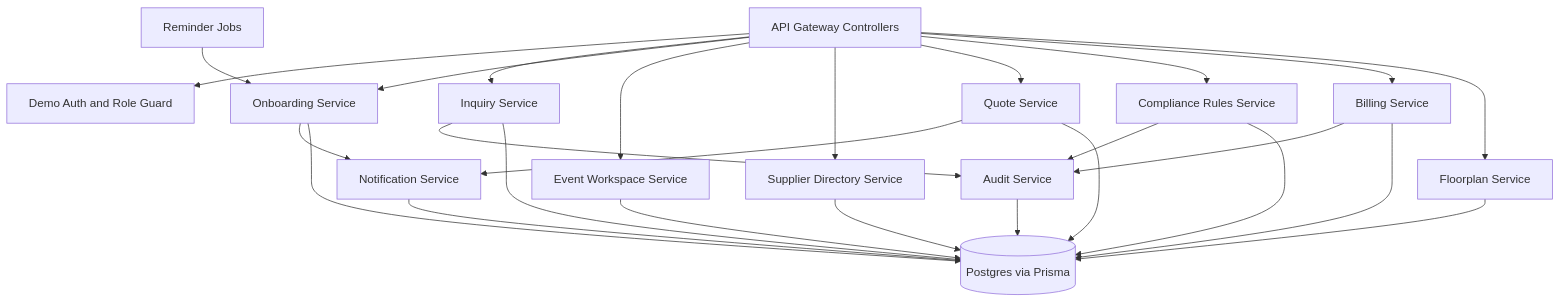
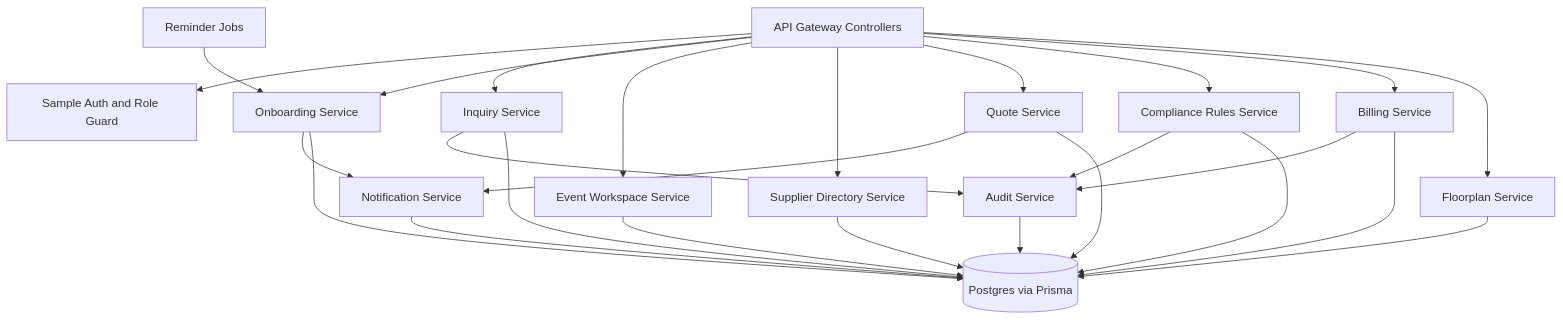
Before and after one commit to The-Team-CG/prism: the fourth of 5 diagrams in apps/event/docs/prism-feature-soundness-review.md, drawn with Mermaid. The commit also changed other lines of this file and 88 other files, not shown here.

````diff
--- a/apps/event/docs/prism-feature-soundness-review.md
+++ b/apps/event/docs/prism-feature-soundness-review.md
@@ -192,43 +192,43 @@
 ```mermaid
 flowchart TB
   Gateway[API Gateway Controllers]
-  Auth[Demo Auth and Role Guard]
+  Auth[Sample Auth and Role Guard]
   Inquiry[Inquiry Service]
   Onboarding[Onboarding Service]
   Events[Event Workspace Service]
   Suppliers[Supplier Directory Service]
   Quotes[Quote Service]
   Compliance[Compliance Rules Service]
   Billing[Billing Service]
   Floorplans[Floorplan Service]
   Notifications[Notification Service]
   Audit[Audit Service]
   Jobs[Reminder Jobs]
   DB[(Postgres via Prisma)]
 
   Gateway --> Auth
   Gateway --> Inquiry
   Gateway --> Onboarding
   Gateway --> Events
   Gateway --> Suppliers
   Gateway --> Quotes
   Gateway --> Compliance
   Gateway --> Billing
   Gateway --> Floorplans
   Inquiry --> Audit
   Onboarding --> Notifications
   Quotes --> Notifications
   Compliance --> Audit
   Billing --> Audit
   Jobs --> Onboarding
   Audit --> DB
   Notifications --> DB
   Inquiry --> DB
   Onboarding --> DB
   Events --> DB
   Suppliers --> DB
   Quotes --> DB
   Compliance --> DB
   Billing --> DB
   Floorplans --> DB
 ```
````
